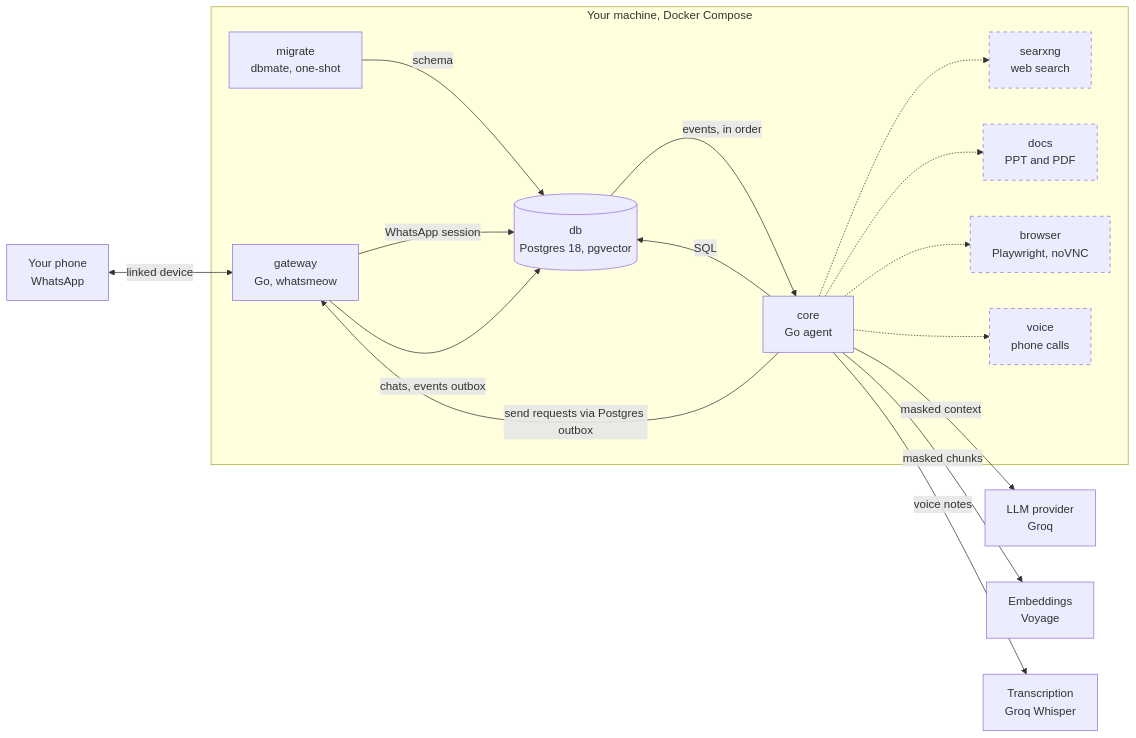
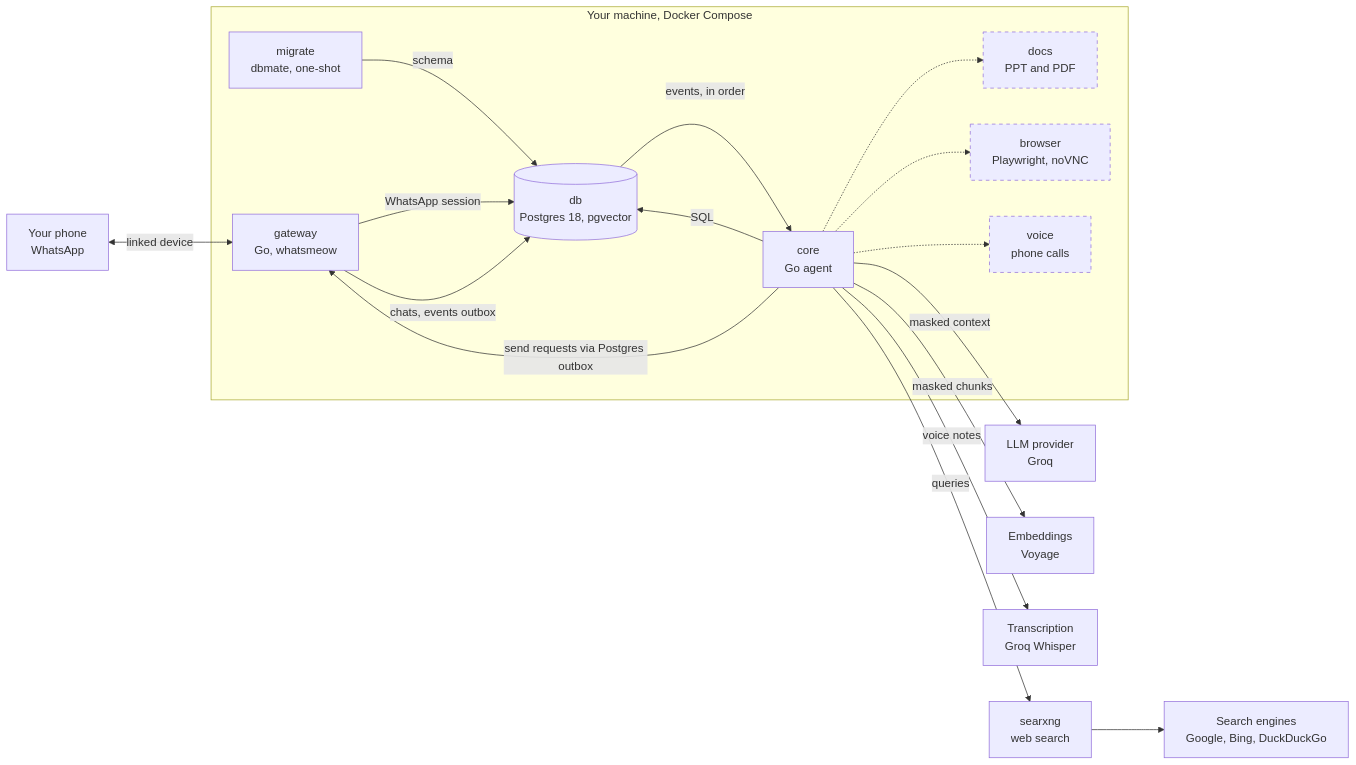
The first of 5 diagrams in README.md (dhananjay6561/kaya), drawn with Mermaid before and after one commit. The commit also changed other lines of this file and 2 other files, not shown here.

Commit message:
document web search

````diff
--- a/README.md
+++ b/README.md
@@ -253,36 +262,38 @@
 ```mermaid
 flowchart LR
     phone["Your phone<br/>WhatsApp"]
     llm["LLM provider<br/>Groq"]
     embed["Embeddings<br/>Voyage"]
     stt["Transcription<br/>Groq Whisper"]
+    searxng["searxng<br/>web search"]
+    engines["Search engines<br/>Google, Bing, DuckDuckGo"]
 
     subgraph host["Your machine, Docker Compose"]
         gateway["gateway<br/>Go, whatsmeow"]
         core["core<br/>Go agent"]
         db[("db<br/>Postgres 18, pgvector")]
         migrate["migrate<br/>dbmate, one-shot"]
-        searxng["searxng<br/>web search"]
         docs["docs<br/>PPT and PDF"]
         browser["browser<br/>Playwright, noVNC"]
         voice["voice<br/>phone calls"]
     end
 
     phone <-->|"linked device"| gateway
     migrate -->|"schema"| db
     gateway -->|"WhatsApp session"| db
     core -->|"SQL"| db
     gateway -->|"chats, events outbox"| db
     db -->|"events, in order"| core
     core -->|"send requests via Postgres outbox"| gateway
     core -->|"masked context"| llm
     core -->|"masked chunks"| embed
     core -->|"voice notes"| stt
-    core -.-> searxng
+    core -->|"queries"| searxng
+    searxng --> engines
     core -.-> docs
     core -.-> browser
     core -.-> voice
 
     classDef planned stroke-dasharray: 5 5
-    class searxng,docs,browser,voice planned
+    class docs,browser,voice planned
 ```
````
